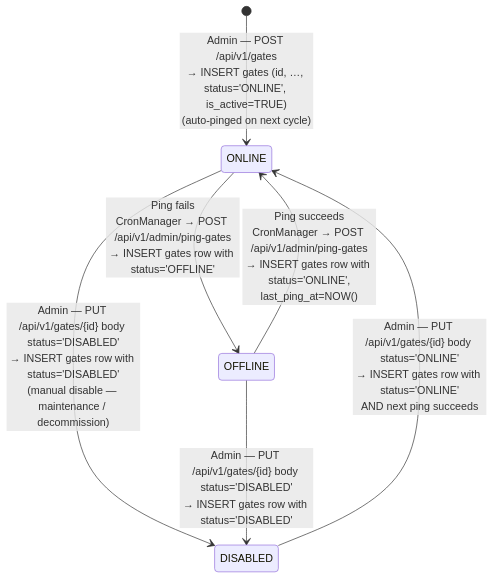
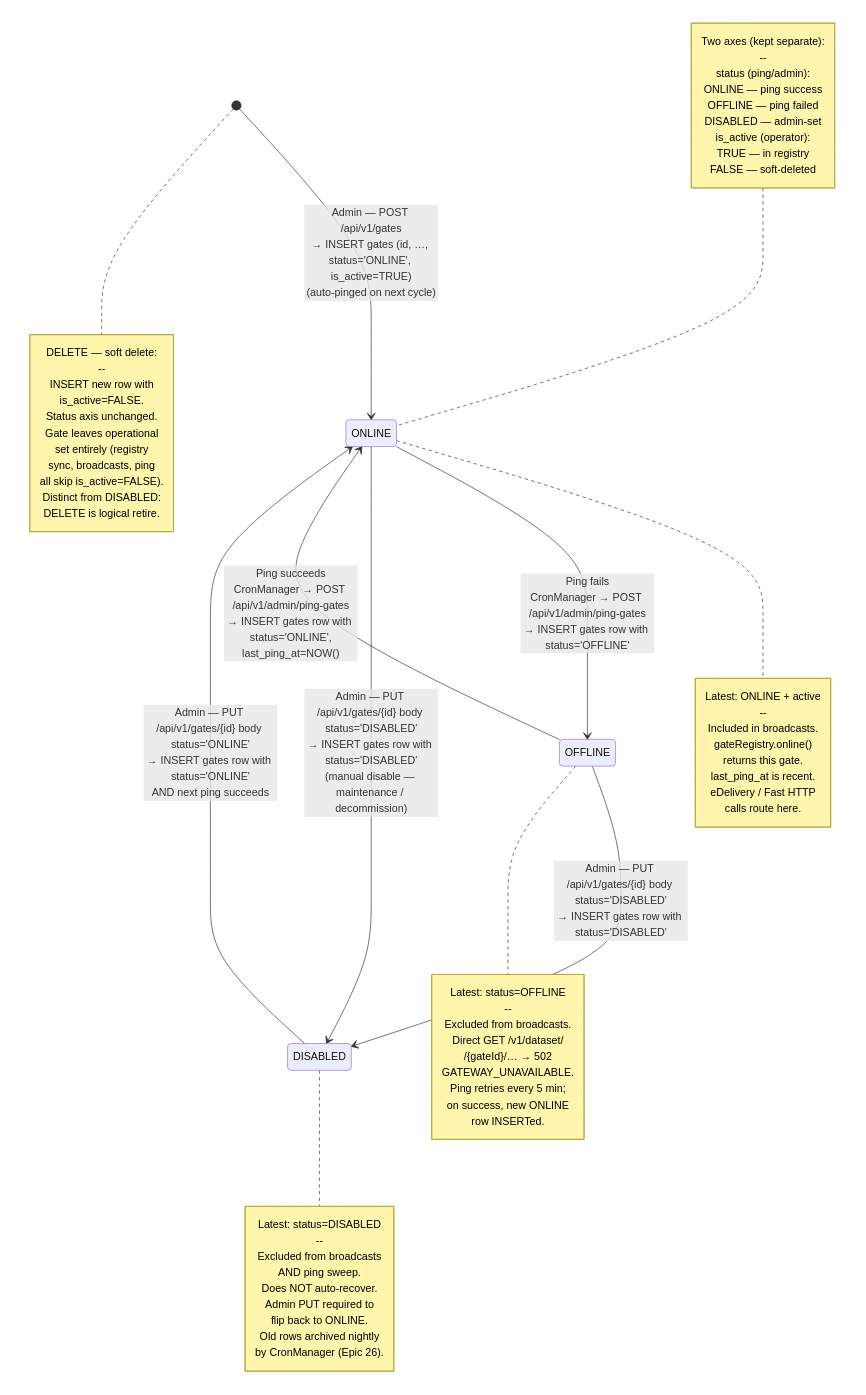
The diagram in docs/specs/diagrams/state-05-gate-health.mmd (kemit-ee/efti-gate-ee), drawn with Mermaid before and after one commit. The commit also changed 9 other files, not shown here.

First line of the commit message:
docs(diagrams): keep yellow notes in state diagrams; tighten lines to ≤ 25 chars

```diff
--- a/docs/specs/diagrams/state-05-gate-health.mmd
+++ b/docs/specs/diagrams/state-05-gate-health.mmd
@@ -1,16 +1,73 @@
 stateDiagram-v2
     [*] --> ONLINE: Admin — POST /api/v1/gates<br/>→ INSERT gates (id, …, status='ONLINE', is_active=TRUE)<br/>(auto-pinged on next cycle)
 
     ONLINE --> OFFLINE: Ping fails<br/>CronManager → POST /api/v1/admin/ping-gates<br/>→ INSERT gates row with status='OFFLINE'
 
     OFFLINE --> ONLINE: Ping succeeds<br/>CronManager → POST /api/v1/admin/ping-gates<br/>→ INSERT gates row with status='ONLINE',<br/>last_ping_at=NOW()
 
     ONLINE --> DISABLED: Admin — PUT /api/v1/gates/{id} body status='DISABLED'<br/>→ INSERT gates row with status='DISABLED'<br/>(manual disable — maintenance / decommission)
 
     OFFLINE --> DISABLED: Admin — PUT /api/v1/gates/{id} body status='DISABLED'<br/>→ INSERT gates row with status='DISABLED'
 
     DISABLED --> ONLINE: Admin — PUT /api/v1/gates/{id} body status='ONLINE'<br/>→ INSERT gates row with status='ONLINE'<br/>AND next ping succeeds
 
-%% Per-state semantics + status-vs-is_active axes are documented in
-%% `docs/epics/epic_6_en.md` §"Lifecycle states"
-%% (kept out of the diagram because GitHub's mermaid clips long note text).
+    note left of ONLINE
+        Two axes (kept separate):
+        --
+        status (ping/admin):
+          ONLINE — ping success
+          OFFLINE — ping failed
+          DISABLED — admin-set
+        is_active (operator):
+          TRUE — in registry
+          FALSE — soft-deleted
+    end note
+
+    note right of ONLINE
+        Latest: ONLINE + active
+        --
+        Included in broadcasts.
+        gateRegistry.online()
+        returns this gate.
+        last_ping_at is recent.
+        eDelivery / Fast HTTP
+        calls route here.
+    end note
+
+    note right of OFFLINE
+        Latest: status=OFFLINE
+        --
+        Excluded from broadcasts.
+        Direct GET /v1/dataset/
+        /{gateId}/… → 502
+        GATEWAY_UNAVAILABLE.
+        Ping retries every 5 min;
+        on success, new ONLINE
+        row INSERTed.
+    end note
+
+    note right of DISABLED
+        Latest: status=DISABLED
+        --
+        Excluded from broadcasts
+        AND ping sweep.
+        Does NOT auto-recover.
+        Admin PUT required to
+        flip back to ONLINE.
+        Old rows archived nightly
+        by CronManager (Epic 26).
+    end note
+
+    note right of [*]
+        DELETE — soft delete:
+        --
+        INSERT new row with
+        is_active=FALSE.
+        Status axis unchanged.
+        Gate leaves operational
+        set entirely (registry
+        sync, broadcasts, ping
+        all skip is_active=FALSE).
+        Distinct from DISABLED:
+        DELETE is logical retire.
+    end note
```
